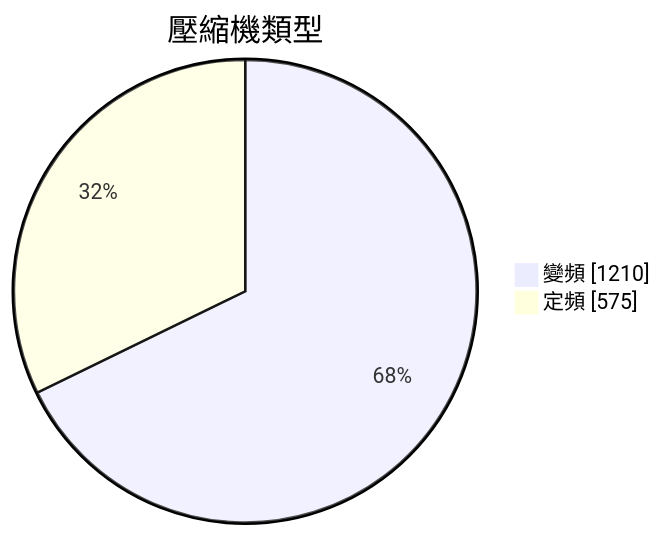
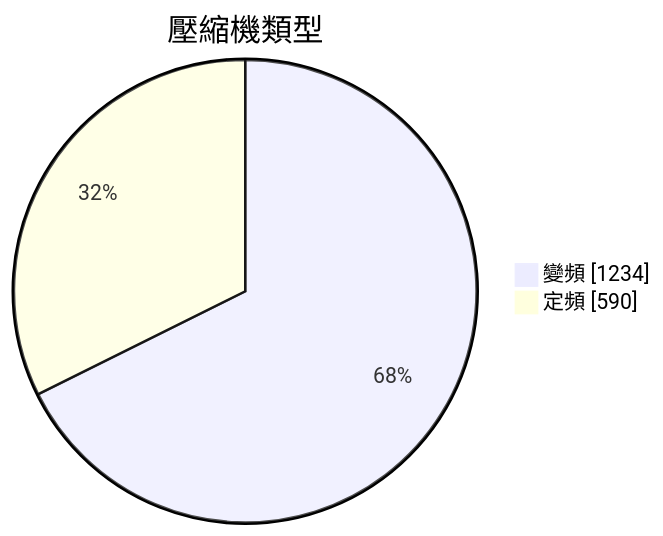
Before and after one commit to CalvinLau1012/aircon-compare: the fourth of 7 diagrams in README.md, drawn with Mermaid. The commit also changed other lines of this file and 96 other files, not shown here.

````diff
--- a/README.md
+++ b/README.md
@@ -77,5 +80,5 @@
 ```mermaid
 pie showData title 壓縮機類型
-    "變頻" : 1210
-    "定頻" : 575
+    "變頻" : 1234
+    "定頻" : 590
 ```
````
